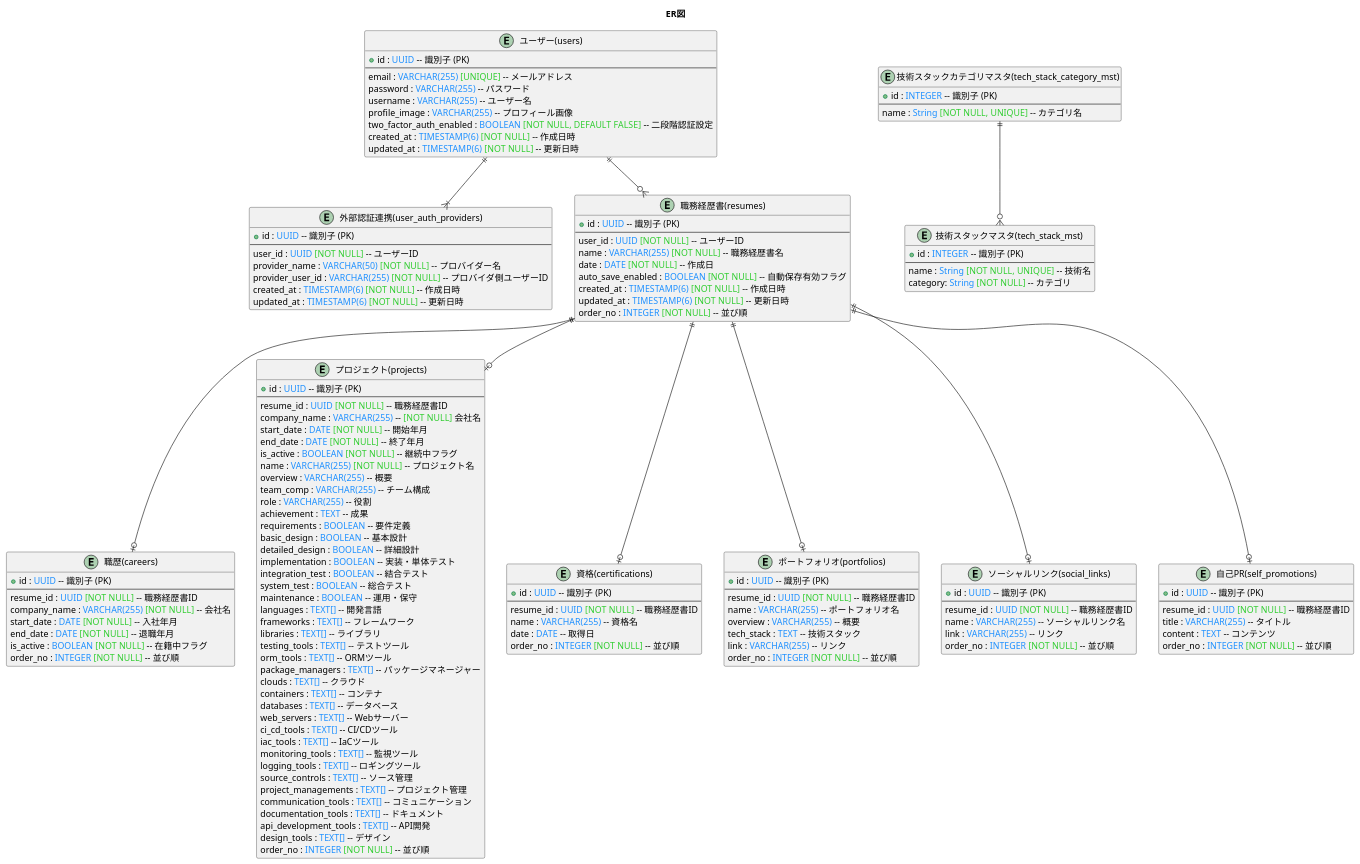
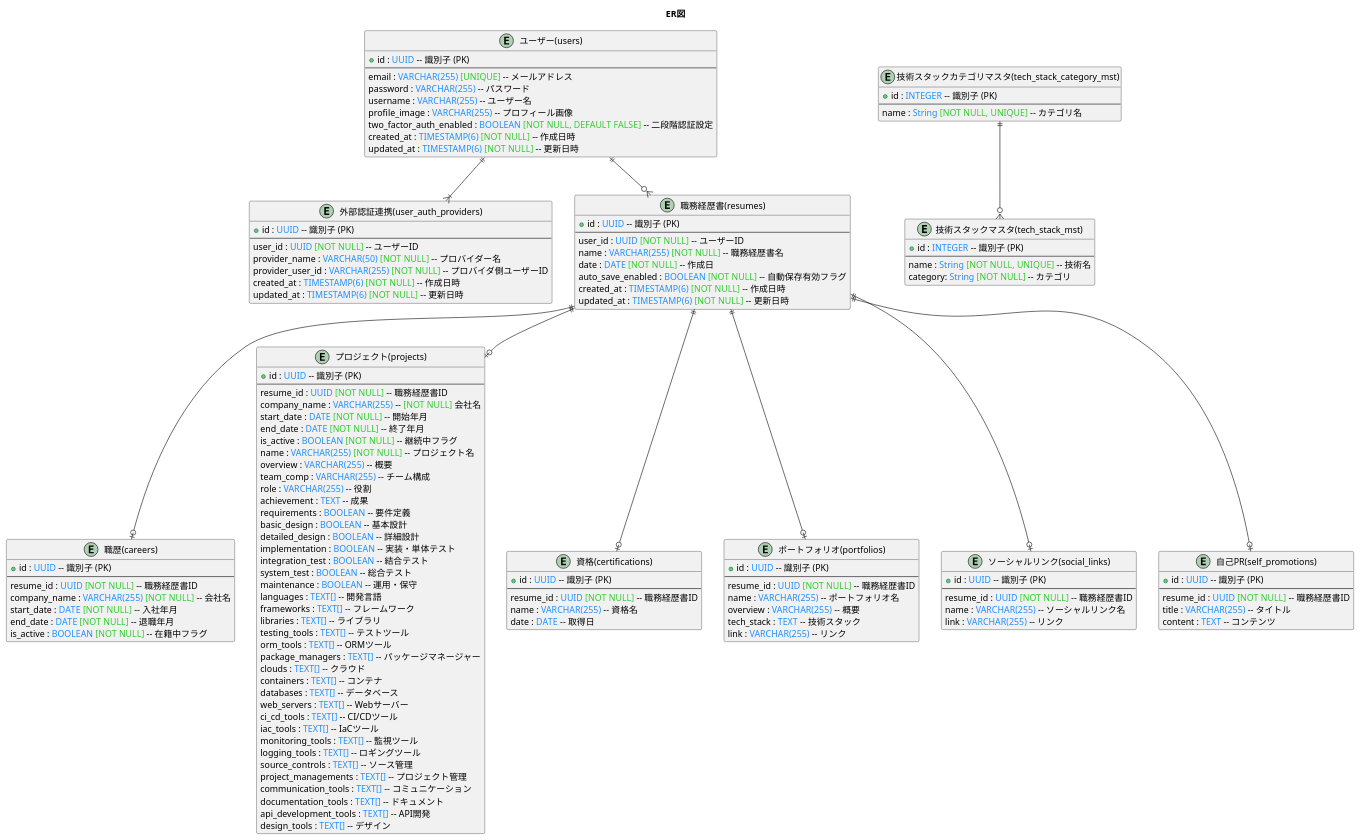
One commit to DogisRiki/KeirekiPro changed the diagram in doc/DB設計/ER図.pu. Above: the diagram before and after it, drawn with PlantUML. The commit also changed 38 other files, not shown here.

```diff
--- a/doc/DB設計/ER図.pu
+++ b/doc/DB設計/ER図.pu
@@ -1,159 +1,152 @@
 @startuml ER図
 
 title ER図
 
 entity "ユーザー(users)" as users {
     + id : <color:#1E90FF>UUID</color> -- 識別子 (PK)
     --
     email : <color:#1E90FF>VARCHAR(255)</color> <color:#32CD32>[UNIQUE]</color> -- メールアドレス
     password : <color:#1E90FF>VARCHAR(255)</color> -- パスワード
     username : <color:#1E90FF>VARCHAR(255)</color> -- ユーザー名
     profile_image : <color:#1E90FF>VARCHAR(255)</color> -- プロフィール画像
     two_factor_auth_enabled : <color:#1E90FF>BOOLEAN</color> <color:#32CD32>[NOT NULL, DEFAULT FALSE]</color> -- 二段階認証設定
     created_at : <color:#1E90FF>TIMESTAMP(6)</color> <color:#32CD32>[NOT NULL]</color> -- 作成日時
     updated_at : <color:#1E90FF>TIMESTAMP(6)</color> <color:#32CD32>[NOT NULL]</color> -- 更新日時
 }
 
 entity "外部認証連携(user_auth_providers)" as UserAuthProviders {
     + id : <color:#1E90FF>UUID</color> -- 識別子 (PK)
     --
     user_id : <color:#1E90FF>UUID</color> <color:#32CD32>[NOT NULL]</color> -- ユーザーID
     provider_name : <color:#1E90FF>VARCHAR(50)</color> <color:#32CD32>[NOT NULL]</color> -- プロバイダー名
     provider_user_id : <color:#1E90FF>VARCHAR(255)</color> <color:#32CD32>[NOT NULL]</color> -- プロバイダ側ユーザーID
     created_at : <color:#1E90FF>TIMESTAMP(6)</color> <color:#32CD32>[NOT NULL]</color> -- 作成日時
     updated_at : <color:#1E90FF>TIMESTAMP(6)</color> <color:#32CD32>[NOT NULL]</color> -- 更新日時
 }
 
 entity "職務経歴書(resumes)" as Resumes {
     + id : <color:#1E90FF>UUID</color> -- 識別子 (PK)
     --
     user_id : <color:#1E90FF>UUID</color> <color:#32CD32>[NOT NULL]</color> -- ユーザーID
     name : <color:#1E90FF>VARCHAR(255)</color> <color:#32CD32>[NOT NULL]</color> -- 職務経歴書名
     date : <color:#1E90FF>DATE</color> <color:#32CD32>[NOT NULL]</color> -- 作成日
     auto_save_enabled : <color:#1E90FF>BOOLEAN</color> <color:#32CD32>[NOT NULL]</color> -- 自動保存有効フラグ
     created_at : <color:#1E90FF>TIMESTAMP(6)</color> <color:#32CD32>[NOT NULL]</color> -- 作成日時
     updated_at : <color:#1E90FF>TIMESTAMP(6)</color> <color:#32CD32>[NOT NULL]</color> -- 更新日時
-    order_no : <color:#1E90FF>INTEGER</color> <color:#32CD32>[NOT NULL]</color> -- 並び順
 }
 
 entity "職歴(careers)" as Careers {
     + id : <color:#1E90FF>UUID</color> -- 識別子 (PK)
     --
     resume_id : <color:#1E90FF>UUID</color> <color:#32CD32>[NOT NULL]</color> -- 職務経歴書ID
     company_name : <color:#1E90FF>VARCHAR(255)</color> <color:#32CD32>[NOT NULL]</color> -- 会社名
     start_date : <color:#1E90FF>DATE</color> <color:#32CD32>[NOT NULL]</color> -- 入社年月
     end_date : <color:#1E90FF>DATE</color> <color:#32CD32>[NOT NULL]</color> -- 退職年月
     is_active : <color:#1E90FF>BOOLEAN</color> <color:#32CD32>[NOT NULL]</color> -- 在籍中フラグ
-    order_no : <color:#1E90FF>INTEGER</color> <color:#32CD32>[NOT NULL]</color> -- 並び順
 }
 
 entity "プロジェクト(projects)" as Projects {
     + id : <color:#1E90FF>UUID</color> -- 識別子 (PK)
     --
     resume_id : <color:#1E90FF>UUID</color> <color:#32CD32>[NOT NULL]</color> -- 職務経歴書ID
     company_name : <color:#1E90FF>VARCHAR(255)</color> -- <color:#32CD32>[NOT NULL]</color> 会社名
     start_date : <color:#1E90FF>DATE</color> <color:#32CD32>[NOT NULL]</color> -- 開始年月
     end_date : <color:#1E90FF>DATE</color> <color:#32CD32>[NOT NULL]</color> -- 終了年月
     is_active : <color:#1E90FF>BOOLEAN</color> <color:#32CD32>[NOT NULL]</color> -- 継続中フラグ
     name : <color:#1E90FF>VARCHAR(255)</color> <color:#32CD32>[NOT NULL]</color> -- プロジェクト名
     overview : <color:#1E90FF>VARCHAR(255)</color> -- 概要
     team_comp : <color:#1E90FF>VARCHAR(255)</color> -- チーム構成
     role : <color:#1E90FF>VARCHAR(255)</color> -- 役割
     achievement : <color:#1E90FF>TEXT</color> -- 成果
     requirements : <color:#1E90FF>BOOLEAN</color> -- 要件定義
     basic_design : <color:#1E90FF>BOOLEAN</color> -- 基本設計
     detailed_design : <color:#1E90FF>BOOLEAN</color> -- 詳細設計
     implementation : <color:#1E90FF>BOOLEAN</color> -- 実装・単体テスト
     integration_test : <color:#1E90FF>BOOLEAN</color> -- 結合テスト
     system_test : <color:#1E90FF>BOOLEAN</color> -- 総合テスト
     maintenance : <color:#1E90FF>BOOLEAN</color> -- 運用・保守
     languages : <color:#1E90FF>TEXT[]</color> -- 開発言語
     frameworks : <color:#1E90FF>TEXT[]</color> -- フレームワーク
     libraries : <color:#1E90FF>TEXT[]</color> -- ライブラリ
     testing_tools : <color:#1E90FF>TEXT[]</color> -- テストツール
     orm_tools : <color:#1E90FF>TEXT[]</color> -- ORMツール
     package_managers : <color:#1E90FF>TEXT[]</color> -- パッケージマネージャー
     clouds : <color:#1E90FF>TEXT[]</color> -- クラウド
     containers : <color:#1E90FF>TEXT[]</color> -- コンテナ
     databases : <color:#1E90FF>TEXT[]</color> -- データベース
     web_servers : <color:#1E90FF>TEXT[]</color> -- Webサーバー
     ci_cd_tools : <color:#1E90FF>TEXT[]</color> -- CI/CDツール
     iac_tools : <color:#1E90FF>TEXT[]</color> -- IaCツール
     monitoring_tools : <color:#1E90FF>TEXT[]</color> -- 監視ツール
     logging_tools : <color:#1E90FF>TEXT[]</color> -- ロギングツール
     source_controls : <color:#1E90FF>TEXT[]</color> -- ソース管理
     project_managements : <color:#1E90FF>TEXT[]</color> -- プロジェクト管理
     communication_tools : <color:#1E90FF>TEXT[]</color> -- コミュニケーション
     documentation_tools : <color:#1E90FF>TEXT[]</color> -- ドキュメント
     api_development_tools : <color:#1E90FF>TEXT[]</color> -- API開発
     design_tools : <color:#1E90FF>TEXT[]</color> -- デザイン
-    order_no : <color:#1E90FF>INTEGER</color> <color:#32CD32>[NOT NULL]</color> -- 並び順
 }
 
 entity "資格(certifications)" as Certifications {
     + id : <color:#1E90FF>UUID</color> -- 識別子 (PK)
     --
     resume_id : <color:#1E90FF>UUID</color> <color:#32CD32>[NOT NULL]</color> -- 職務経歴書ID
     name : <color:#1E90FF>VARCHAR(255)</color> -- 資格名
     date : <color:#1E90FF>DATE</color> -- 取得日
-    order_no : <color:#1E90FF>INTEGER</color> <color:#32CD32>[NOT NULL]</color> -- 並び順
 }
 
 entity "ポートフォリオ(portfolios)" as Portfolios {
     + id : <color:#1E90FF>UUID</color> -- 識別子 (PK)
     --
     resume_id : <color:#1E90FF>UUID</color> <color:#32CD32>[NOT NULL]</color> -- 職務経歴書ID
     name : <color:#1E90FF>VARCHAR(255)</color> -- ポートフォリオ名
     overview : <color:#1E90FF>VARCHAR(255)</color> -- 概要
     tech_stack : <color:#1E90FF>TEXT</color> -- 技術スタック
     link : <color:#1E90FF>VARCHAR(255)</color> -- リンク
-    order_no : <color:#1E90FF>INTEGER</color> <color:#32CD32>[NOT NULL]</color> -- 並び順
 }
 
 entity "ソーシャルリンク(social_links)" as SocialLinks {
     + id : <color:#1E90FF>UUID</color> -- 識別子 (PK)
     --
     resume_id : <color:#1E90FF>UUID</color> <color:#32CD32>[NOT NULL]</color> -- 職務経歴書ID
     name : <color:#1E90FF>VARCHAR(255)</color> -- ソーシャルリンク名
     link : <color:#1E90FF>VARCHAR(255)</color> -- リンク
-    order_no : <color:#1E90FF>INTEGER</color> <color:#32CD32>[NOT NULL]</color> -- 並び順
 }
 
 entity "自己PR(self_promotions)" as SelfPromotions {
     + id : <color:#1E90FF>UUID</color> -- 識別子 (PK)
     --
     resume_id : <color:#1E90FF>UUID</color> <color:#32CD32>[NOT NULL]</color> -- 職務経歴書ID
     title : <color:#1E90FF>VARCHAR(255)</color> -- タイトル
     content : <color:#1E90FF>TEXT</color> -- コンテンツ
-    order_no : <color:#1E90FF>INTEGER</color> <color:#32CD32>[NOT NULL]</color> -- 並び順
 }
 
 entity "技術スタックマスタ(tech_stack_mst)" as TechStackMst {
     + id : <color:#1E90FF>INTEGER</color> -- 識別子 (PK)
     --
     name : <color:#1E90FF>String</color> <color:#32CD32>[NOT NULL, UNIQUE]</color> -- 技術名
     category: <color:#1E90FF>String</color> <color:#32CD32>[NOT NULL]</color> -- カテゴリ
 }
 
 entity "技術スタックカテゴリマスタ(tech_stack_category_mst)" as TechStackCategoryMst {
     + id : <color:#1E90FF>INTEGER</color> -- 識別子 (PK)
     --
     name : <color:#1E90FF>String</color> <color:#32CD32>[NOT NULL, UNIQUE]</color> -- カテゴリ名
 }
 
 ' ----------------------
 ' リレーション定義
 ' ----------------------
 users ||--o{ Resumes
 users ||--|{ UserAuthProviders
 
 Resumes ||--o| Careers
 Resumes ||--o| Projects
 Resumes ||--o| Certifications
 Resumes ||--o| Portfolios
 Resumes ||--o| SocialLinks
 Resumes ||--o| SelfPromotions
 
 TechStackCategoryMst ||--o{ TechStackMst
 
 @enduml
```
